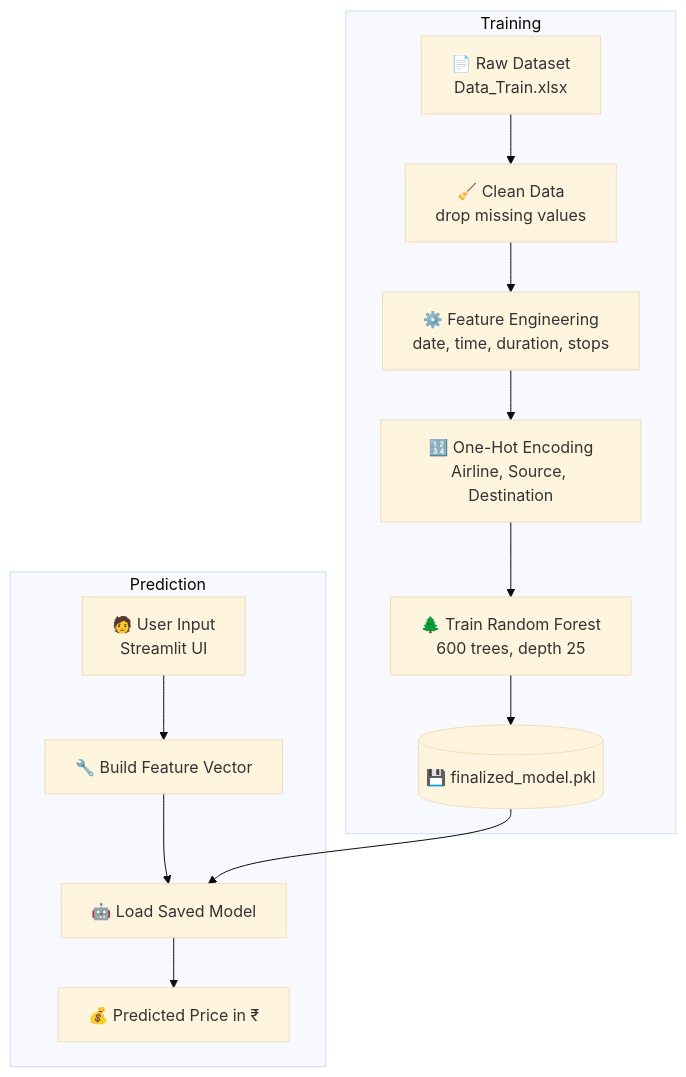
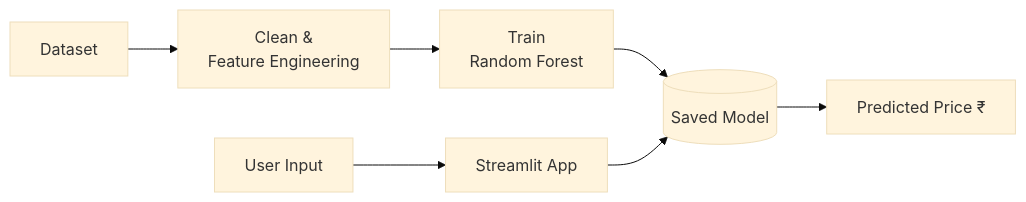
The diagram in README.md (vaishnaviwangalwar-cpu/Flight_Price_Prediction), drawn with Mermaid (base theme) before and after one commit. The commit also changed other lines of this file, not shown here.

Commit message:
Update README to simplify UI description and workflow
Removed unnecessary details about the Streamlit UI and updated the workflow diagram format.

````diff
--- a/README.md
+++ b/README.md
@@ -45,29 +42,6 @@
 ```mermaid
-flowchart TD
-    A[📄 Raw Dataset<br/>Data_Train.xlsx] --> B[🧹 Clean Data<br/>drop missing values]
-    B --> C[⚙️ Feature Engineering<br/>date, time, duration, stops]
-    C --> D[🔢 One-Hot Encoding<br/>Airline, Source, Destination]
-    D --> E[🌲 Train Random Forest<br/>600 trees, depth 25]
-    E --> F[(💾 finalized_model.pkl)]
-
-    G[🧑 User Input<br/>Streamlit UI] --> H[🔧 Build Feature Vector]
-    H --> I[🤖 Load Saved Model]
-    F --> I
-    I --> J[💰 Predicted Price in ₹]
-
-    subgraph Training
-        A
-        B
-        C
-        D
-        E
-        F
-    end
-
-    subgraph Prediction
-        G
-        H
-        I
-        J
-    end
+flowchart LR
+    A[Dataset] --> B[Clean &<br/>Feature Engineering] --> C[Train<br/>Random Forest] --> D[(Saved Model)]
+    E[User Input] --> F[Streamlit App] --> D
+    D --> G[Predicted Price ₹]
 ```
````
